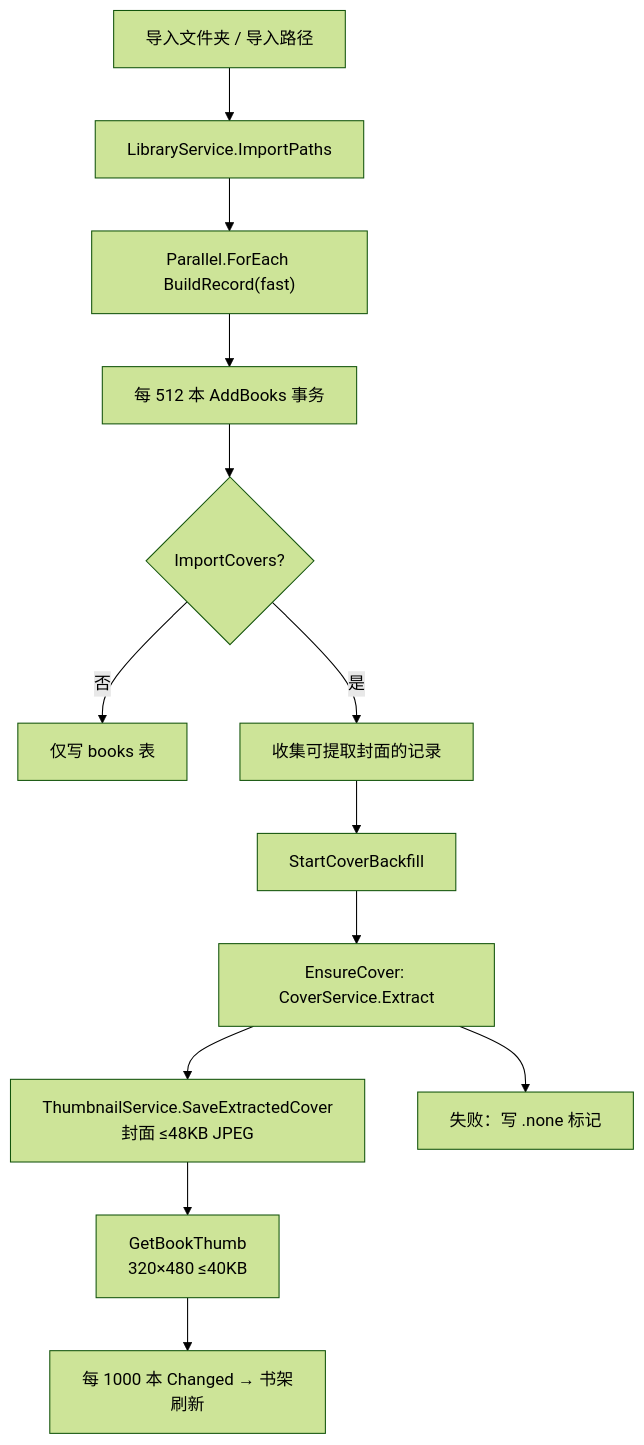
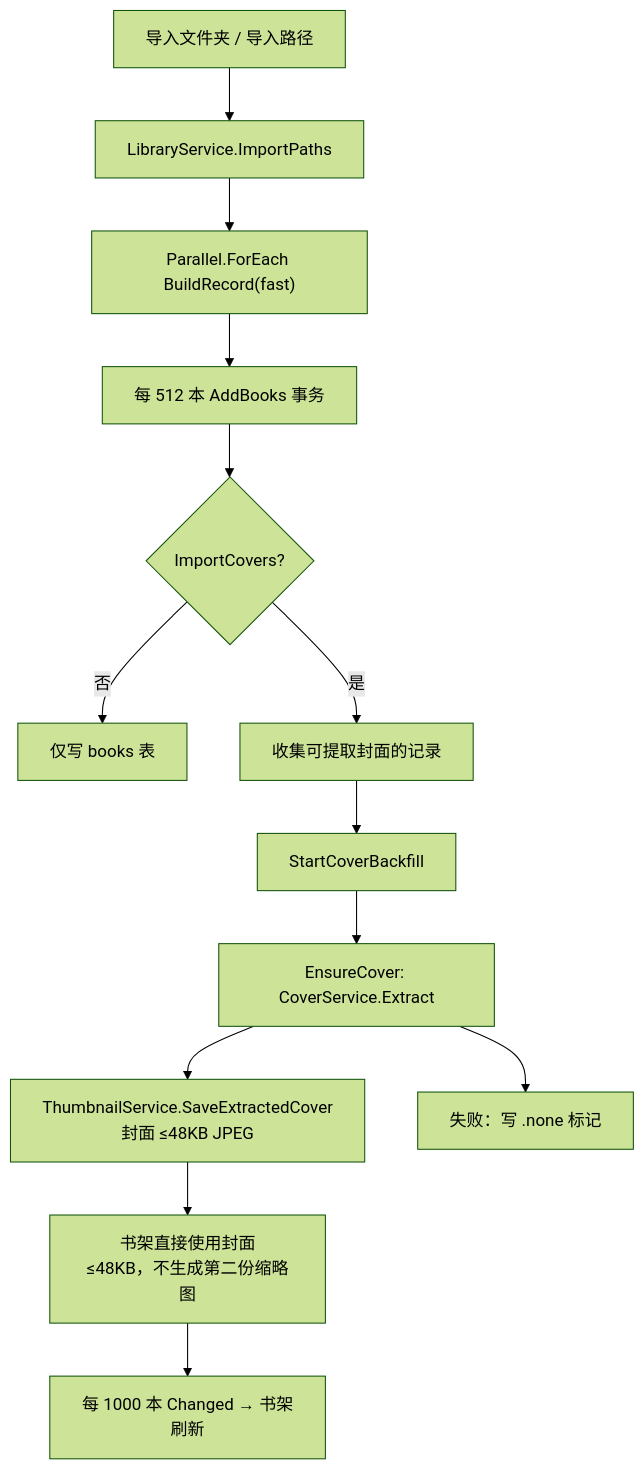
The second of 8 diagrams in docs/CALL_GRAPHS.md (aslyr2024/MoonAot), drawn with Mermaid (forest theme) before and after one commit. The commit also changed 130 other files, not shown here.

````diff
--- a/docs/CALL_GRAPHS.md
+++ b/docs/CALL_GRAPHS.md
@@ -28,15 +28,15 @@
 ```mermaid
 flowchart TD
   A["导入文件夹 / 导入路径"] --> B["LibraryService.ImportPaths"]
   B --> C["Parallel.ForEach BuildRecord(fast)"]
   C --> D["每 512 本 AddBooks 事务"]
   D --> E{"ImportCovers?"}
   E -- 否 --> F["仅写 books 表"]
   E -- 是 --> G["收集可提取封面的记录"]
   G --> H["StartCoverBackfill"]
   H --> I["EnsureCover: CoverService.Extract"]
   I --> J["ThumbnailService.SaveExtractedCover\n封面 ≤48KB JPEG"]
-  J --> K["GetBookThumb\n320×480 ≤40KB"]
+  J --> K["书架直接使用封面\n≤48KB，不生成第二份缩略图"]
   I --> L["失败：写 .none 标记"]
   K --> M["每 1000 本 Changed → 书架刷新"]
 ```
````
